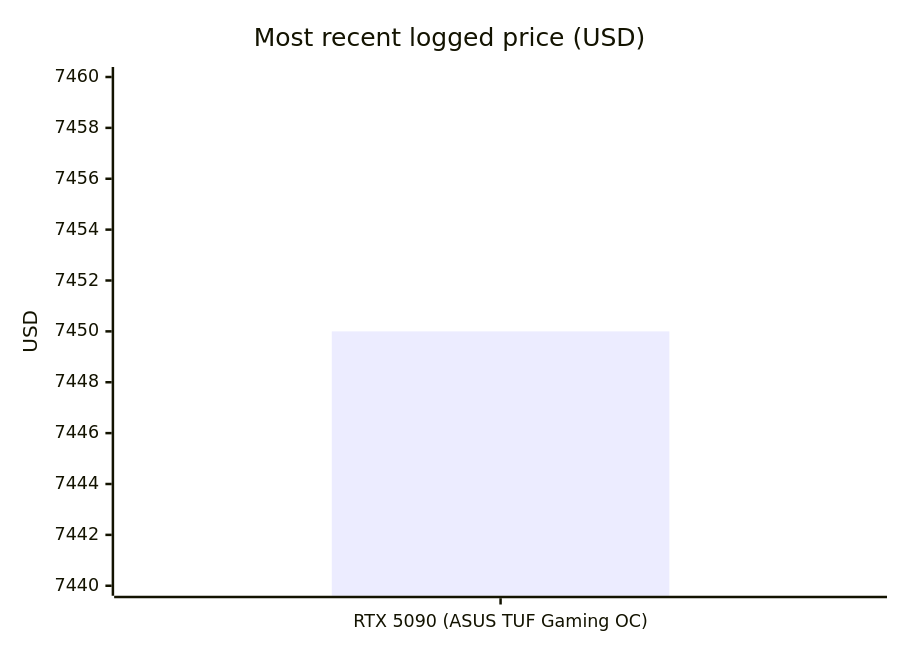
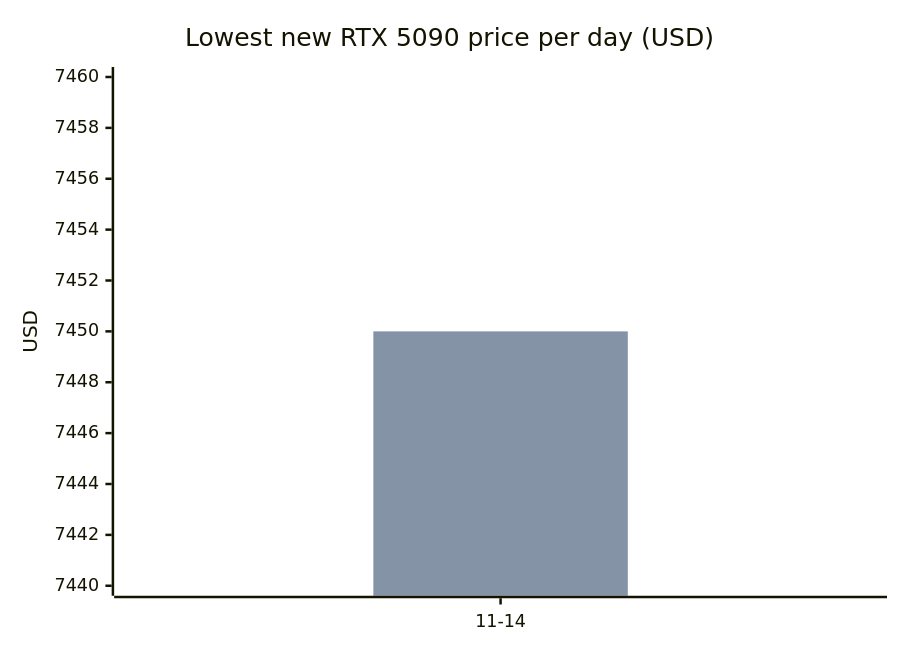
Before and after one commit to 7324136828/4tb_ssd_price_watch: the fourth of 4 diagrams in README.md, drawn with Mermaid. The commit also changed other lines of this file and 1 other file, not shown here.

````diff
--- a/README.md
+++ b/README.md
@@ -93,7 +106,8 @@
 ```mermaid
 xychart-beta
-    title "Most recent logged price (USD)"
-    x-axis ["RTX 5090 (ASUS TUF Gaming OC)"]
+    title "Lowest new RTX 5090 price per day (USD)"
+    x-axis ["11-14"]
     y-axis "USD" 7440 --> 7460
+    line [7450.00]
     bar [7450.00]
 ```
````
